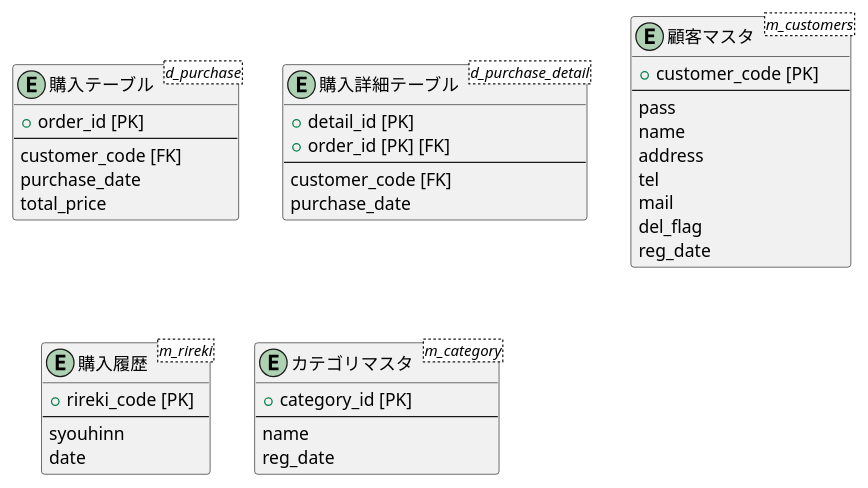
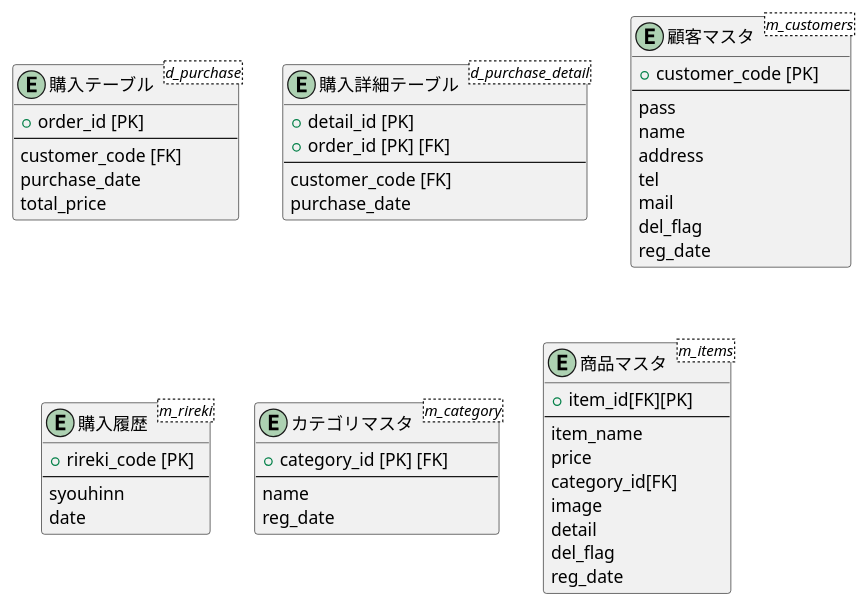
The diagram in db/original/ER.md (aso2001036/2021sys-design), drawn with PlantUML before and after one commit.

````diff
--- a/db/original/ER.md
+++ b/db/original/ER.md
@@ -1,45 +1,57 @@
 ```puml
 @startuml
 entity "購入テーブル" as purchase <d_purchase> {
 + order_id [PK]
 --
 customer_code [FK]
 purchase_date
 total_price
 }
 
 entity "購入詳細テーブル" as purcher_detail <d_purchase_detail> {
 + detail_id [PK]
 + order_id [PK] [FK]
 --
 customer_code [FK]
 purchase_date
 }
 
 entity "顧客マスタ" as customer <m_customers> {
 + customer_code [PK]
 --
 pass
 name
 address
 tel
 mail
 del_flag
 reg_date
 }
 
 entity "購入履歴" as rireki <m_rireki> {
 + rireki_code [PK]
 --
 syouhinn
 date
 }
 
 entity "カテゴリマスタ" as category <m_category> {
-+ category_id [PK]
++ category_id [PK] [FK]
 --
 name
 reg_date
 }
+
+entity "商品マスタ" as items <m_items> {
++ item_id[FK][PK]
+--
+item_name
+price
+category_id[FK]
+image
+detail
+del_flag
+reg_date
+}
 @enduml
 ```
````
